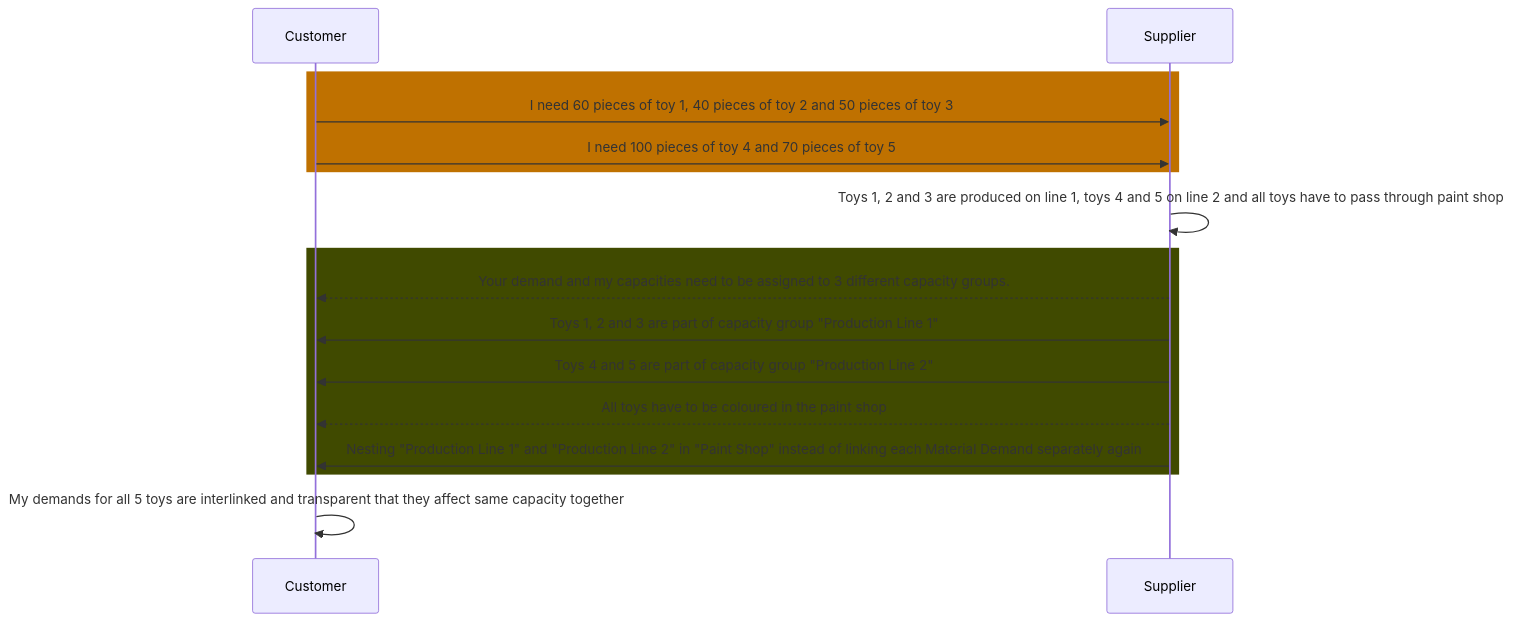
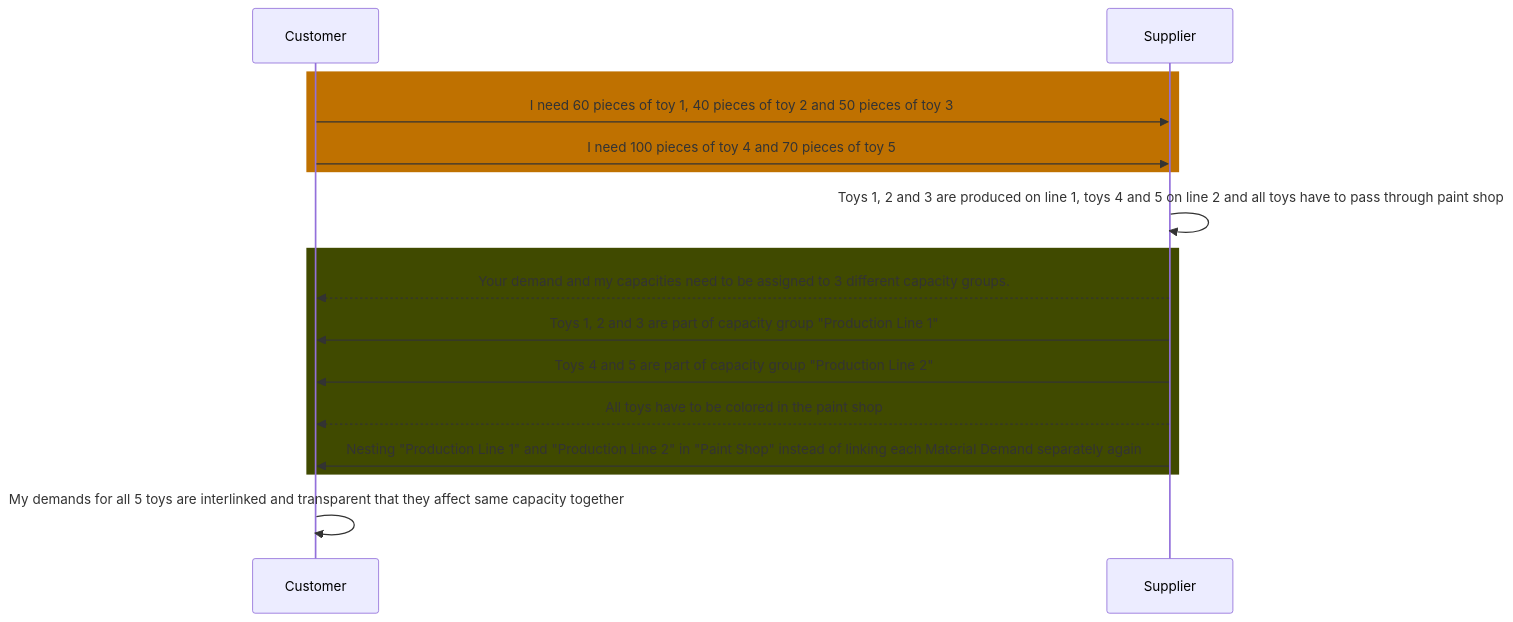
One commit to eclipse-tractusx/eclipse-tractusx.github.io changed the diagram in docs-kits/kits/Demand and Capacity Management Kit/adoption-view/use-case/nesting.md. Above: the diagram before and after it, drawn with Mermaid. The commit also changed other lines of this file and 9 other files, not shown here.

````diff
--- a/docs-kits/kits/Demand and Capacity Management Kit/adoption-view/use-case/nesting.md
+++ b/docs-kits/kits/Demand and Capacity Management Kit/adoption-view/use-case/nesting.md
@@ -131,18 +131,18 @@
 ```mermaid
 sequenceDiagram
 Participant c as Customer
 Participant s as Supplier
 rect rgb(191,113,00) 
 c->>s: I need 60 pieces of toy 1, 40 pieces of toy 2 and 50 pieces of toy 3
 c->>s: I need 100 pieces of toy 4 and 70 pieces of toy 5
 end
 s->>s: Toys 1, 2 and 3 are produced on line 1, toys 4 and 5 on line 2 and all toys have to pass through paint shop
 rect rgb(64,74,00)
 s-->>c: Your demand and my capacities need to be assigned to 3 different capacity groups.
 s->>c: Toys 1, 2 and 3 are part of capacity group "Production Line 1"
 s->>c: Toys 4 and 5 are part of capacity group "Production Line 2"
-s-->>c: All toys have to be coloured in the paint shop
+s-->>c: All toys have to be colored in the paint shop
 s->>c: Nesting "Production Line 1" and "Production Line 2" in "Paint Shop" instead of linking each Material Demand separately again
 end
 c->>c: My demands for all 5 toys are interlinked and transparent that they affect same capacity together
 ```
````
